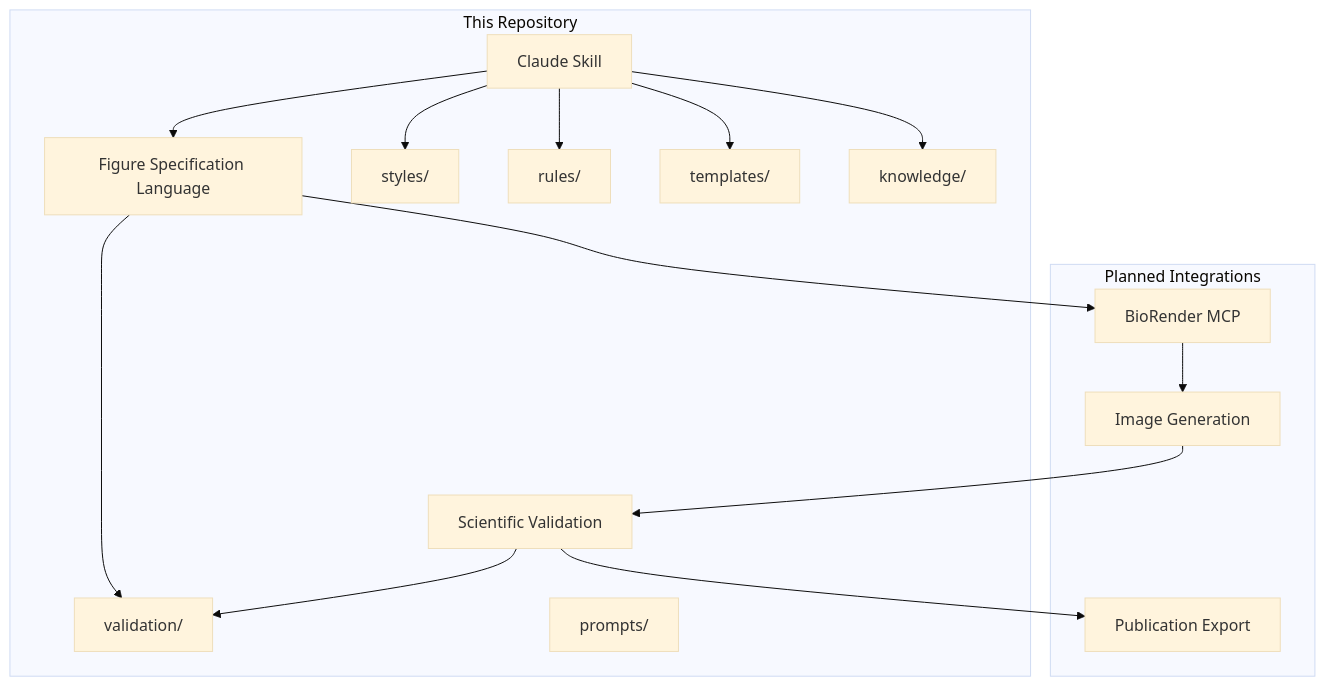
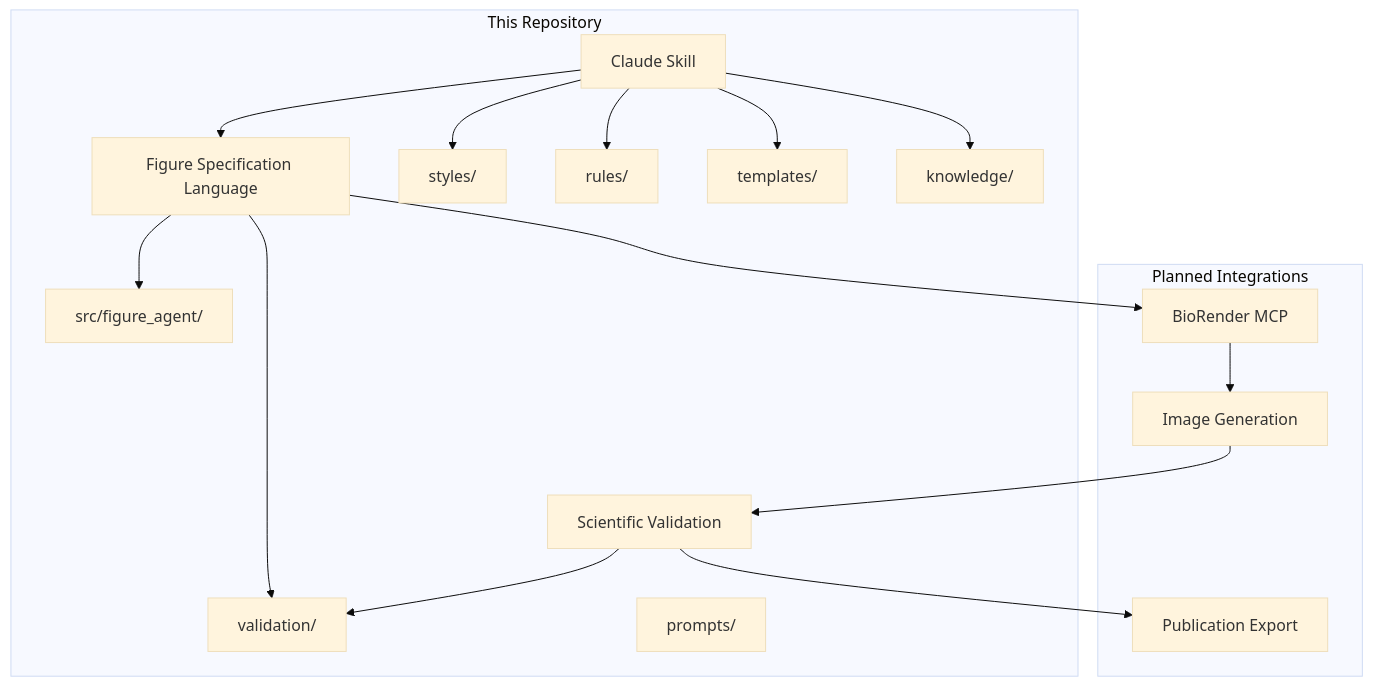
The first of 4 diagrams in docs/Architecture.md (insight2017aquib/MedicinalChemistryFigureDesigner), drawn with Mermaid (base theme) before and after one commit. The commit also changed other lines of this file and 20 other files, not shown here.

Commit message:
platform(v0.3): implement Figure Specification Language engine

````diff
--- a/docs/Architecture.md
+++ b/docs/Architecture.md
@@ -28,33 +28,36 @@
 ```mermaid
 flowchart TD
     A[Claude Skill] --> B[Figure Specification Language]
     B --> C[BioRender MCP]
     C --> D[Image Generation]
     D --> E[Scientific Validation]
     E --> F[Publication Export]
 
     subgraph repo [This Repository]
         A
         B
+        B2[src/figure_agent/]
         E
         G[styles/]
         H[rules/]
         I[templates/]
         J[knowledge/]
         K[validation/]
         L[prompts/]
     end
+
+    B --> B2
 
     subgraph external [Planned Integrations]
         C
         D
         F
     end
 
     A --> G
     A --> H
     A --> I
     A --> J
     B --> K
     E --> K
 ```
````
